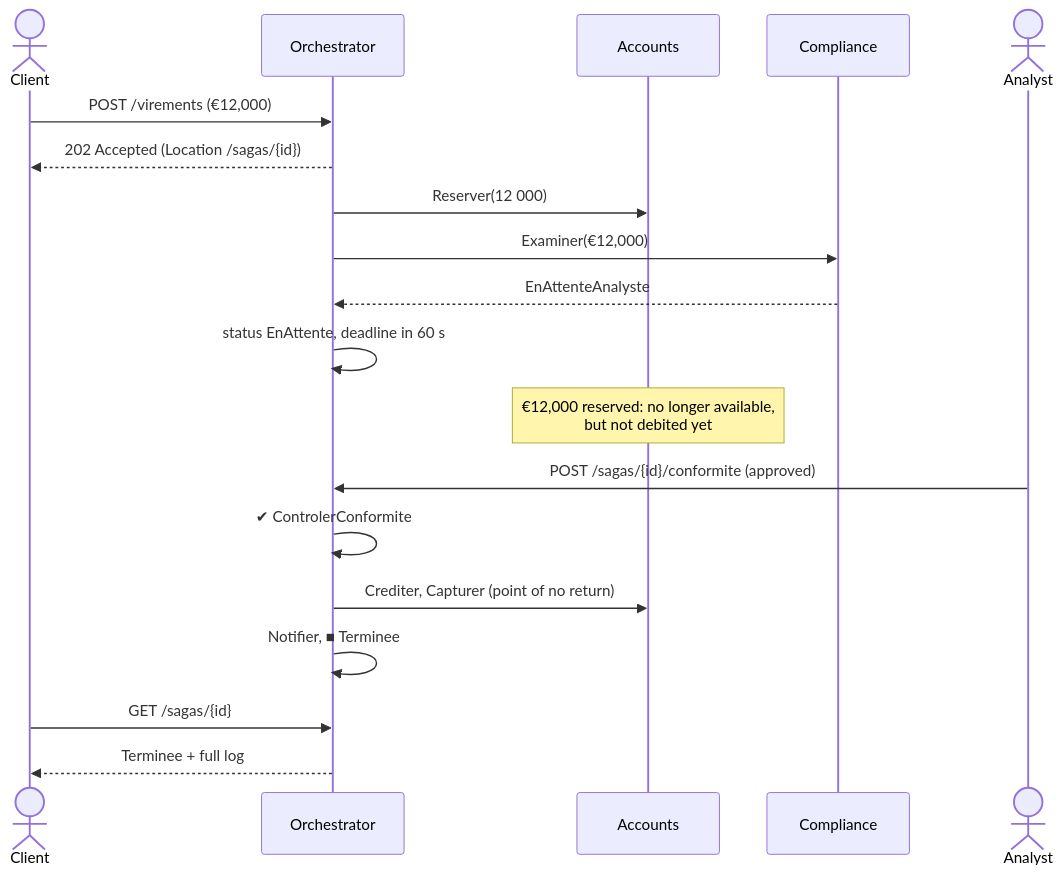
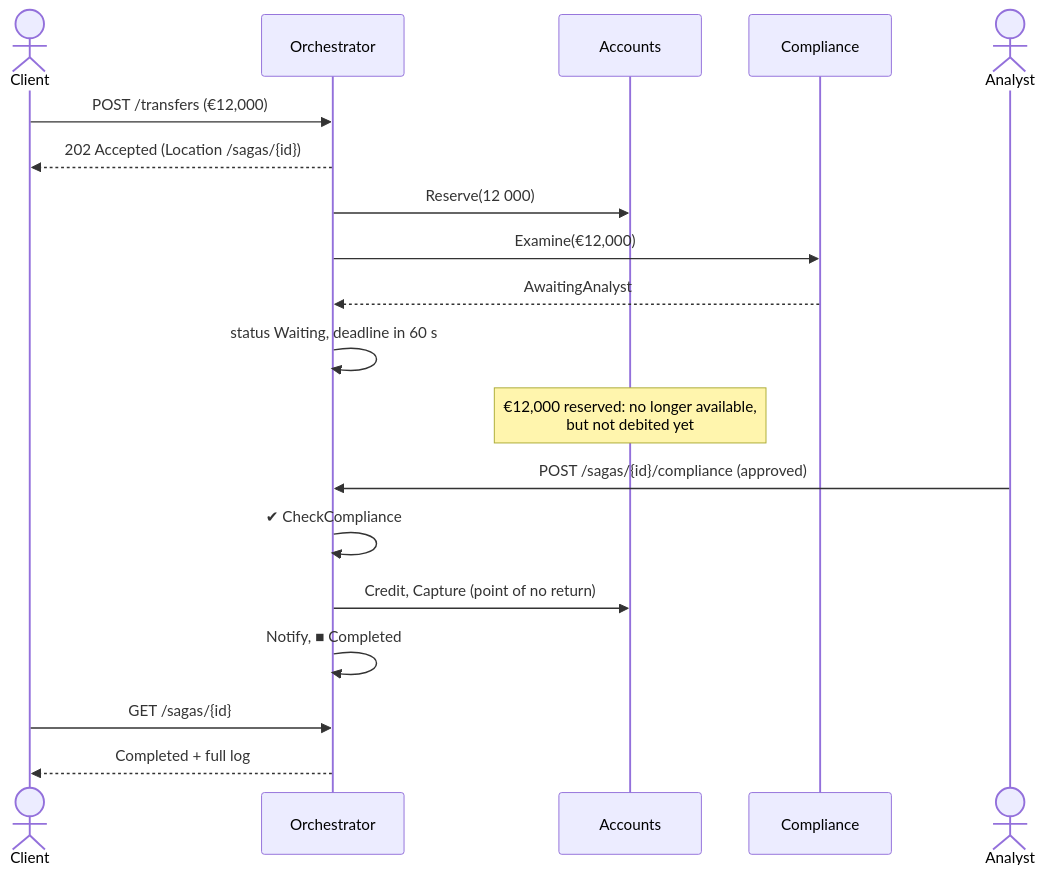
One commit to drangoht/ArchitecturesDemo changed the fourth of 4 diagrams in Docs/en/14-saga-orchestree.md. Above: the diagram before and after it, drawn with Mermaid. The commit also changed other lines of this file and 78 other files, not shown here.

First line of the commit message:
Docs EN : identifiants, liens, diagrammes et sorties alignés sur le code anglais

````diff
--- a/Docs/en/14-saga-orchestree.md
+++ b/Docs/en/14-saga-orchestree.md
@@ -254,21 +254,21 @@
 ```mermaid
 sequenceDiagram
     actor Client
     participant O as Orchestrator
     participant C as Accounts
     participant K as Compliance
     actor An as Analyst
-    Client->>O: POST /virements (€12,000)
+    Client->>O: POST /transfers (€12,000)
     O-->>Client: 202 Accepted (Location /sagas/{id})
-    O->>C: Reserver(12 000)
-    O->>K: Examiner(€12,000)
-    K-->>O: EnAttenteAnalyste
-    O->>O: status EnAttente, deadline in 60 s
+    O->>C: Reserve(12 000)
+    O->>K: Examine(€12,000)
+    K-->>O: AwaitingAnalyst
+    O->>O: status Waiting, deadline in 60 s
     Note over C: €12,000 reserved: no longer available,<br/>but not debited yet
-    An->>O: POST /sagas/{id}/conformite (approved)
-    O->>O: ✔ ControlerConformite
-    O->>C: Crediter, Capturer (point of no return)
-    O->>O: Notifier, ■ Terminee
+    An->>O: POST /sagas/{id}/compliance (approved)
+    O->>O: ✔ CheckCompliance
+    O->>C: Credit, Capture (point of no return)
+    O->>O: Notify, ■ Completed
     Client->>O: GET /sagas/{id}
-    O-->>Client: Terminee + full log
+    O-->>Client: Completed + full log
 ```
````
